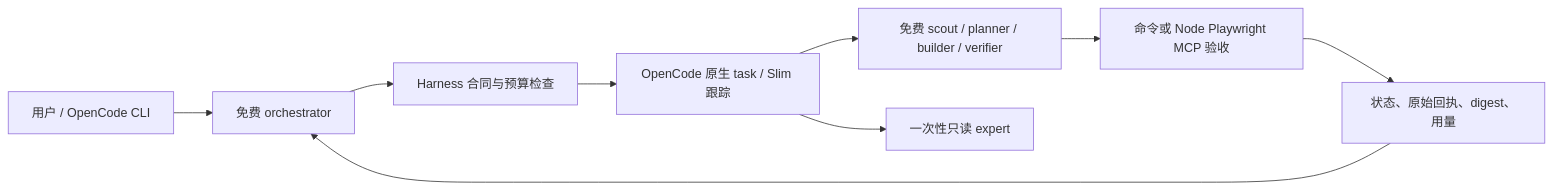
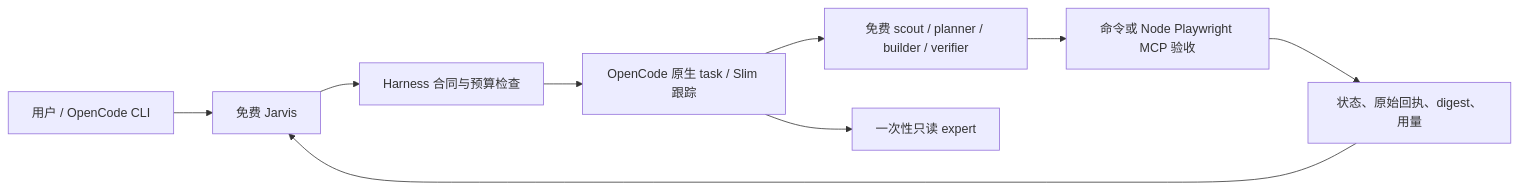
One commit to 6daya/ccm changed the diagram in docs/architecture.md. Above: the diagram before and after it, drawn with Mermaid. The commit also changed 17 other files, not shown here.

````diff
--- a/docs/architecture.md
+++ b/docs/architecture.md
@@ -3,11 +3,11 @@
 ```mermaid
 flowchart LR
- U[用户 / OpenCode CLI] --> C[免费 orchestrator]
+ U[用户 / OpenCode CLI] --> C[免费 Jarvis]
  C --> P[Harness 合同与预算检查]
  P --> T[OpenCode 原生 task / Slim 跟踪]
  T --> F[免费 scout / planner / builder / verifier]
  T --> E[一次性只读 expert]
  F --> V[命令或 Node Playwright MCP 验收]
  V --> S[状态、原始回执、digest、用量]
  S --> C
 ```
````
